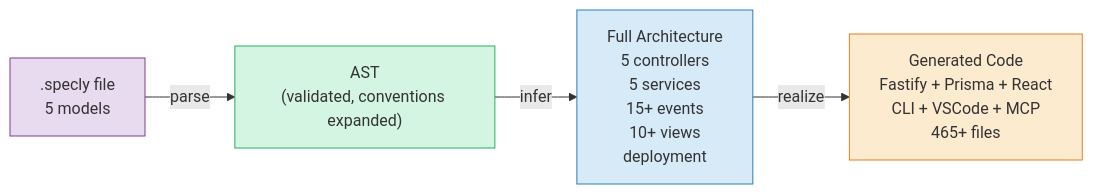
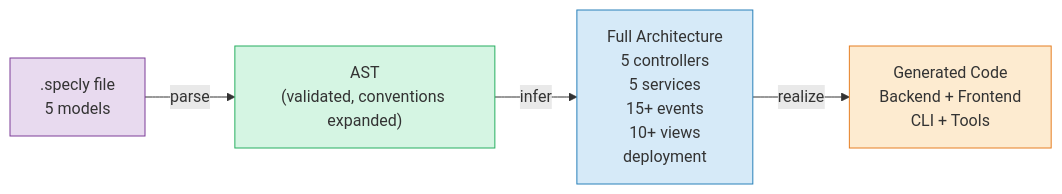
One commit to SpecVerse/specverse-self changed the first of 3 diagrams in docs/SPECVERSE-GUIDE.md. Above: the diagram before and after it, drawn with Mermaid. The commit also changed other lines of this file, not shown here.

First line of the commit message:
fix: make pipeline diagrams generic (not specverse-self specific)

````diff
--- a/docs/SPECVERSE-GUIDE.md
+++ b/docs/SPECVERSE-GUIDE.md
@@ -82,11 +82,11 @@
 ```mermaid
 flowchart LR
     spec[".specly file<br/>5 models"] -->|parse| ast["AST<br/>(validated, conventions expanded)"]
     ast -->|infer| full["Full Architecture<br/>5 controllers<br/>5 services<br/>15+ events<br/>10+ views<br/>deployment"]
-    full -->|realize| code["Generated Code<br/>Fastify + Prisma + React<br/>CLI + VSCode + MCP<br/>465+ files"]
+    full -->|realize| code["Generated Code<br/>Backend + Frontend<br/>CLI + Tools"]
 
     style spec fill:#e8daef,stroke:#7d3c98
     style ast fill:#d5f5e3,stroke:#27ae60
     style full fill:#d6eaf8,stroke:#2980b9
     style code fill:#fdebd0,stroke:#e67e22
 ```
````
